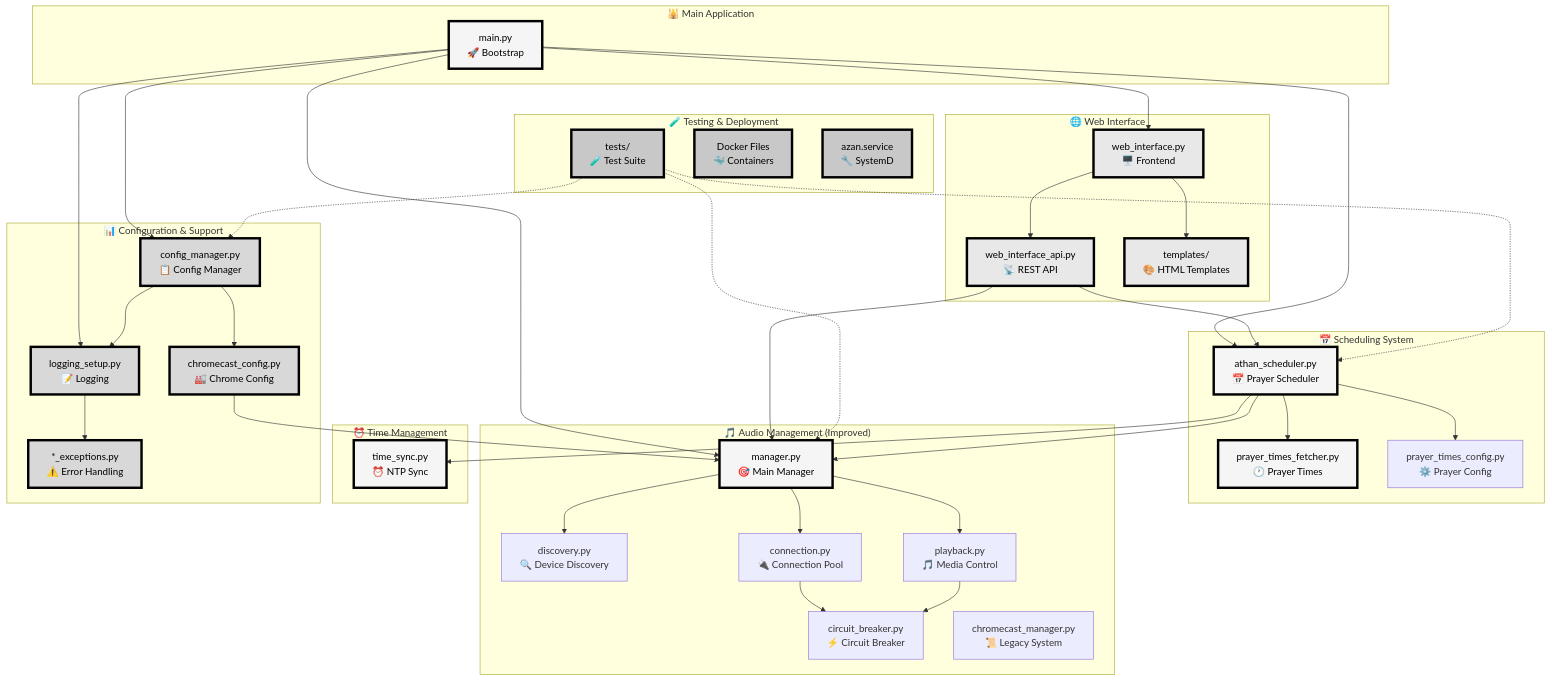
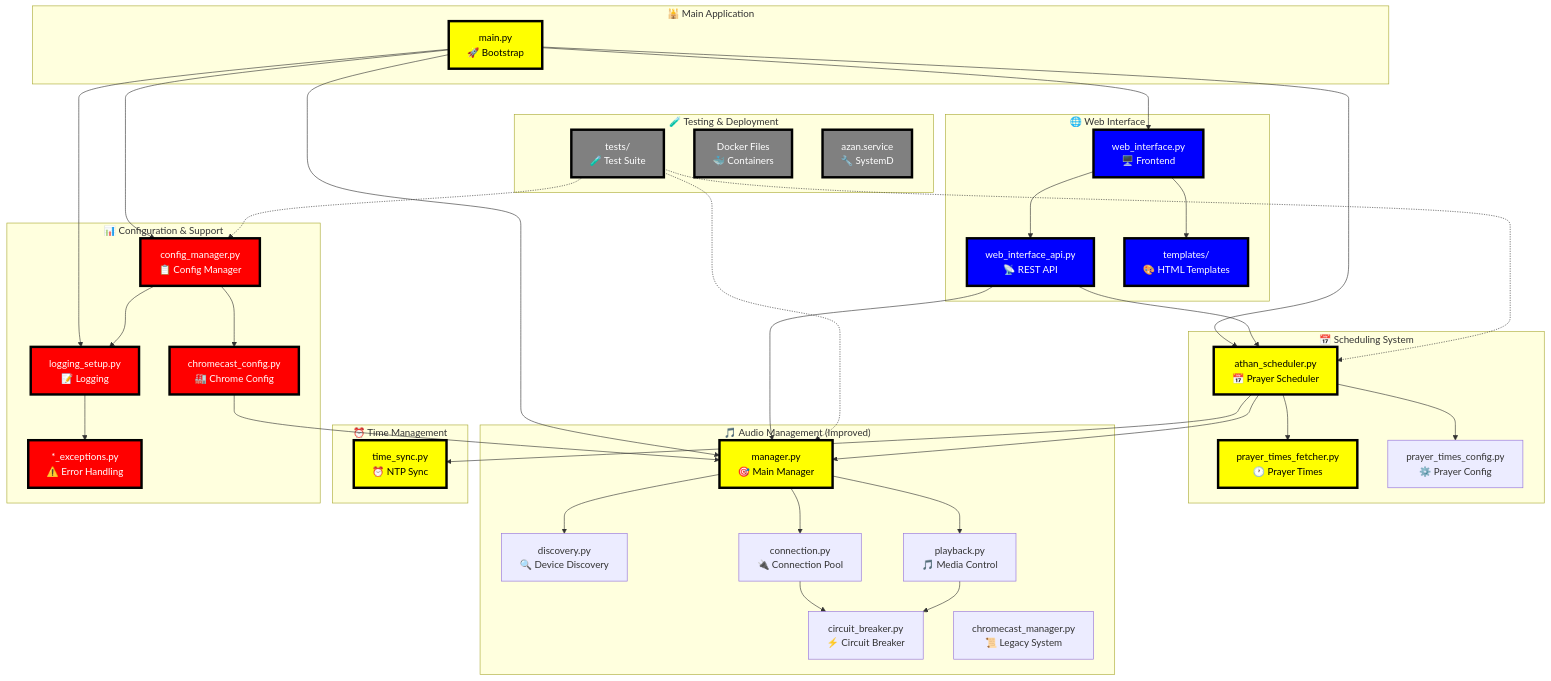
Before and after one commit to shenhab/Automated-Azan: the second of 5 diagrams in ARCHITECTURE_MINDMAP.md, drawn with Mermaid. The commit also changed other lines of this file, not shown here.

First line of the commit message:
Update architecture diagrams with vibrant color palette

```diff
--- a/ARCHITECTURE_MINDMAP.md
+++ b/ARCHITECTURE_MINDMAP.md
@@ -191,11 +191,11 @@
     TESTS -.-> SCHED
     TESTS -.-> CONFIG
 
-    %% Color blind accessible high contrast styling
-    classDef coreModule fill:#f5f5f5,stroke:#000000,stroke-width:4px,color:#000000
-    classDef webModule fill:#e8e8e8,stroke:#000000,stroke-width:4px,color:#000000
-    classDef configModule fill:#d8d8d8,stroke:#000000,stroke-width:4px,color:#000000
-    classDef devModule fill:#c8c8c8,stroke:#000000,stroke-width:4px,color:#000000
+    %% High contrast color styling with specified palette
+    classDef coreModule fill:#ffff00,stroke:#000000,stroke-width:4px,color:#000000
+    classDef webModule fill:#0000ff,stroke:#000000,stroke-width:4px,color:#ffffff
+    classDef configModule fill:#ff0000,stroke:#000000,stroke-width:4px,color:#ffffff
+    classDef devModule fill:#808080,stroke:#000000,stroke-width:4px,color:#ffffff
 
     class MAIN,SCHED,MANAGER,TIMESYNC,PRAYER coreModule
     class WEB,API,TEMPLATES webModule
```
